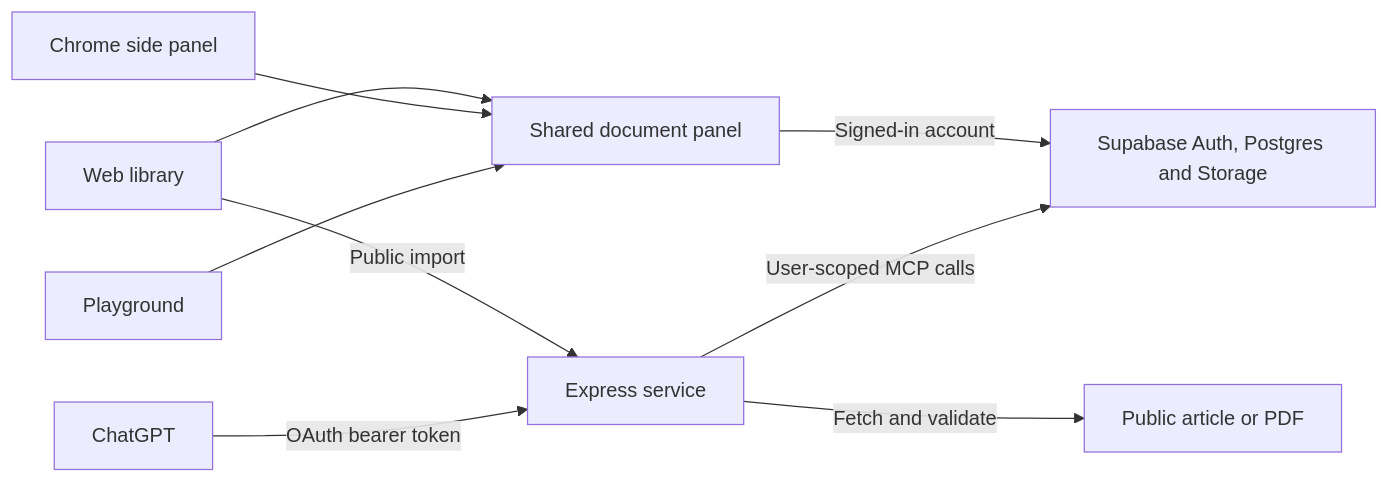
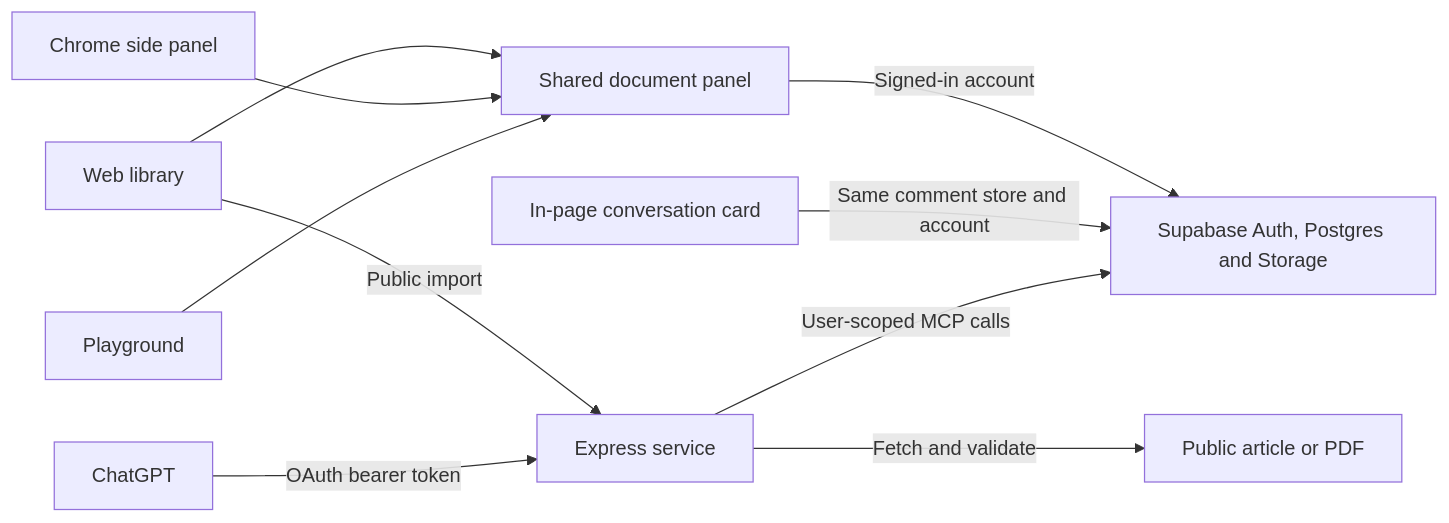
One commit to eambutu/web-comments changed the diagram in docs/architecture.md. Above: the diagram before and after it, drawn with Mermaid. The commit also changed other lines of this file and 31 other files, not shown here.

````diff
--- a/docs/architecture.md
+++ b/docs/architecture.md
@@ -5,19 +5,21 @@
 ```mermaid
 flowchart LR
     Library[Web library]
     Extension[Chrome side panel]
+    Card[In-page conversation card]
     Playground[Playground]
     Panel[Shared document panel]
     Server[Express service]
     Database[Supabase Auth, Postgres and Storage]
     Source[Public article or PDF]
     ChatGPT[ChatGPT]
     Library --> Panel
     Extension --> Panel
     Playground --> Panel
     Library -->|Public import| Server
     Server -->|Fetch and validate| Source
     Panel -->|Signed-in account| Database
+    Card -->|Same comment store and account| Database
     Server -->|User-scoped MCP calls| Database
     ChatGPT -->|OAuth bearer token| Server
 ```
````
